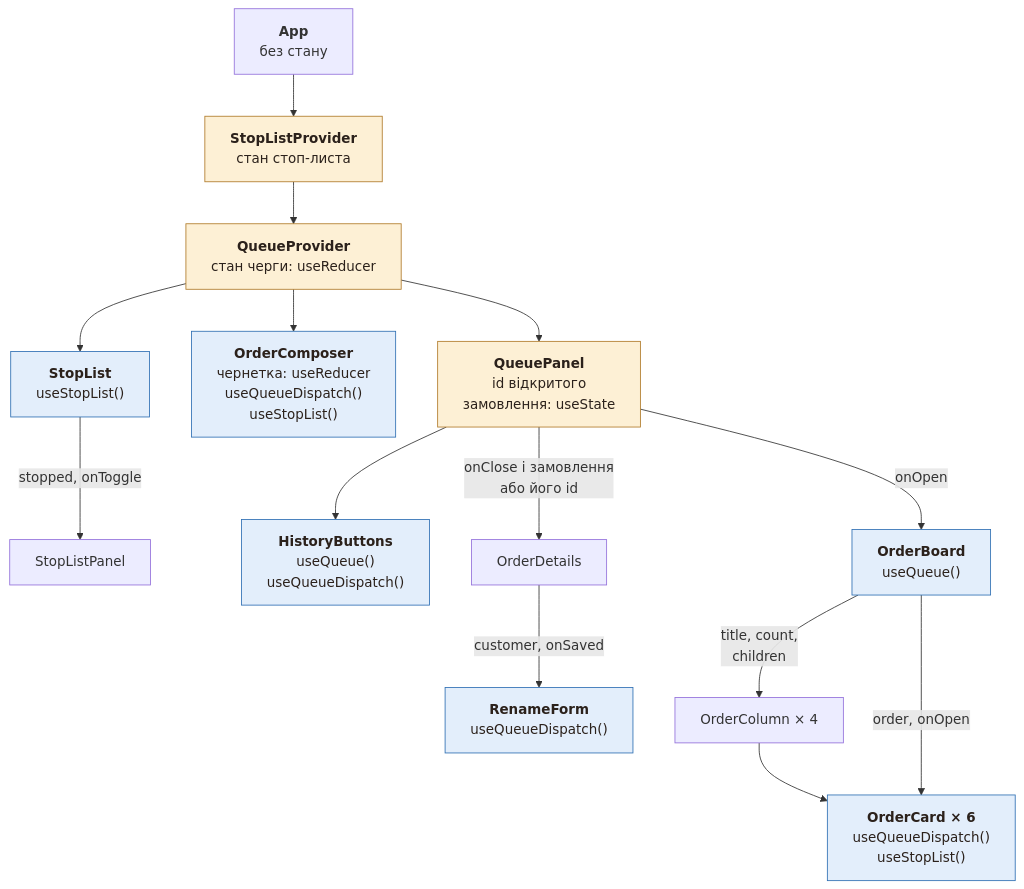
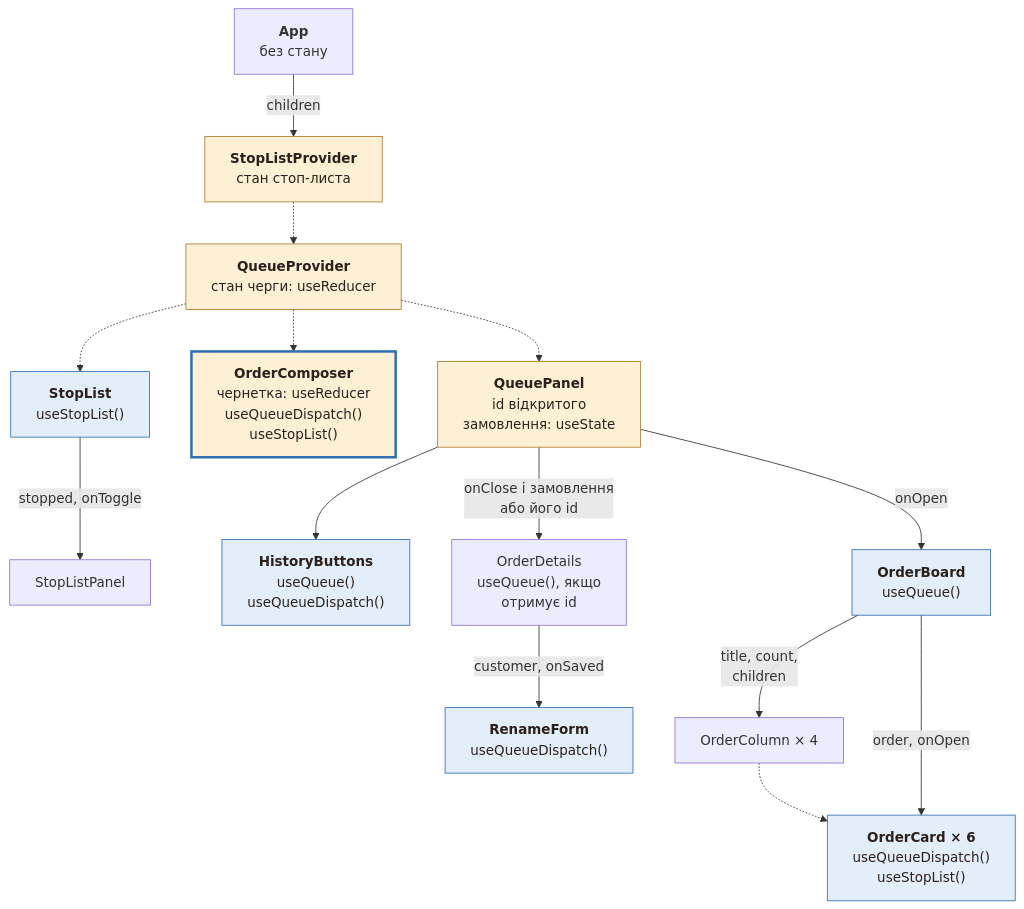
One commit to denysmatsevych/web-development-2026 changed the diagram in docs/react/lab-12/diagrams/data-flow-end.mmd. Above: the diagram before and after it, drawn with Mermaid. The commit also changed 2 other files, not shown here.

Commit message:
fix(lab): explain React ЛР-12's provider children and redraw the end diagram
The §4 intro sent students to §4.5 for why a provider's children don't
render again, but §4.5 didn't say it; now it does. The end diagram's
legend said an arrow means "renders", so its arrows from the providers
said the opposite: dotted arrows now lead to the elements a component gets
through children. OrderComposer is marked as keeping state and reading
context, and OrderDetails as reading the queue when it gets an id. §4.6
names the new QueueProvider spy, §4.9 imports useShallow from the path the
Zustand guide uses, and two broken line wraps are fixed.

```diff
--- a/docs/react/lab-12/diagrams/data-flow-end.mmd
+++ b/docs/react/lab-12/diagrams/data-flow-end.mmd
@@ -1,31 +1,32 @@
 flowchart TD
   App["<b>App</b><br/>без стану"]
   StopListProvider["<b>StopListProvider</b><br/>стан стоп-листа"]:::state
   QueueProvider["<b>QueueProvider</b><br/>стан черги: useReducer"]:::state
   StopList["<b>StopList</b><br/>useStopList()"]:::reader
   StopListPanel["StopListPanel"]
-  OrderComposer["<b>OrderComposer</b><br/>чернетка: useReducer<br/>useQueueDispatch()<br/>useStopList()"]:::reader
+  OrderComposer["<b>OrderComposer</b><br/>чернетка: useReducer<br/>useQueueDispatch()<br/>useStopList()"]:::stateReader
   QueuePanel["<b>QueuePanel</b><br/>id відкритого<br/>замовлення: useState"]:::state
   HistoryButtons["<b>HistoryButtons</b><br/>useQueue()<br/>useQueueDispatch()"]:::reader
-  OrderDetails["OrderDetails"]
+  OrderDetails["OrderDetails<br/>useQueue(), якщо<br/>отримує id"]
   RenameForm["<b>RenameForm</b><br/>useQueueDispatch()"]:::reader
   OrderBoard["<b>OrderBoard</b><br/>useQueue()"]:::reader
   OrderColumn["OrderColumn × 4"]
   OrderCard["<b>OrderCard × 6</b><br/>useQueueDispatch()<br/>useStopList()"]:::reader
 
-  App --> StopListProvider
-  StopListProvider --> QueueProvider
-  QueueProvider --> StopList
+  App -->|children| StopListProvider
+  StopListProvider -.-> QueueProvider
+  QueueProvider -.-> StopList
   StopList -->|"stopped, onToggle"| StopListPanel
-  QueueProvider --> OrderComposer
-  QueueProvider --> QueuePanel
+  QueueProvider -.-> OrderComposer
+  QueueProvider -.-> QueuePanel
   QueuePanel --> HistoryButtons
   QueuePanel -->|"onClose і замовлення<br/>або його id"| OrderDetails
   OrderDetails -->|"customer, onSaved"| RenameForm
   QueuePanel -->|onOpen| OrderBoard
   OrderBoard -->|"title, count,<br/>children"| OrderColumn
-  OrderColumn --> OrderCard
+  OrderColumn -.-> OrderCard
   OrderBoard -->|"order, onOpen"| OrderCard
 
   classDef state fill:#fdf0d5,stroke:#b07a2a,color:#2b211b
   classDef reader fill:#e3eefb,stroke:#2f6fb3,color:#2b211b
+  classDef stateReader fill:#fdf0d5,stroke:#2f6fb3,stroke-width:3px,color:#2b211b
```
